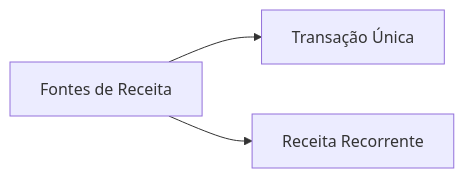
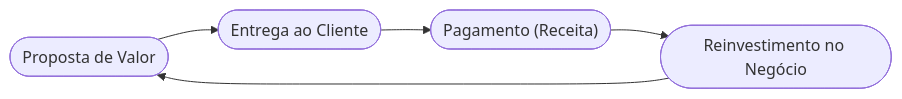
Before and after one commit to ricardotecpro/adm_gestao_dmn: the diagram in docs/slides/src/slide-16.md, drawn with Mermaid. The commit also changed other lines of this file and 171 other files, not shown here.

````diff
--- a/docs/slides/src/slide-16.md
+++ b/docs/slides/src/slide-16.md
@@ -15,5 +64,7 @@
 ```mermaid
 graph LR
-    A["Fontes de Receita"] --> B["Transação Única"]
-    A --> C["Receita Recorrente"]
+    A(["Proposta de Valor"]) --> B(["Entrega ao Cliente"])
+    B --> C(["Pagamento (Receita)"])
+    C --> D(["Reinvestimento no Negócio"])
+    D --> A
 ```
````
